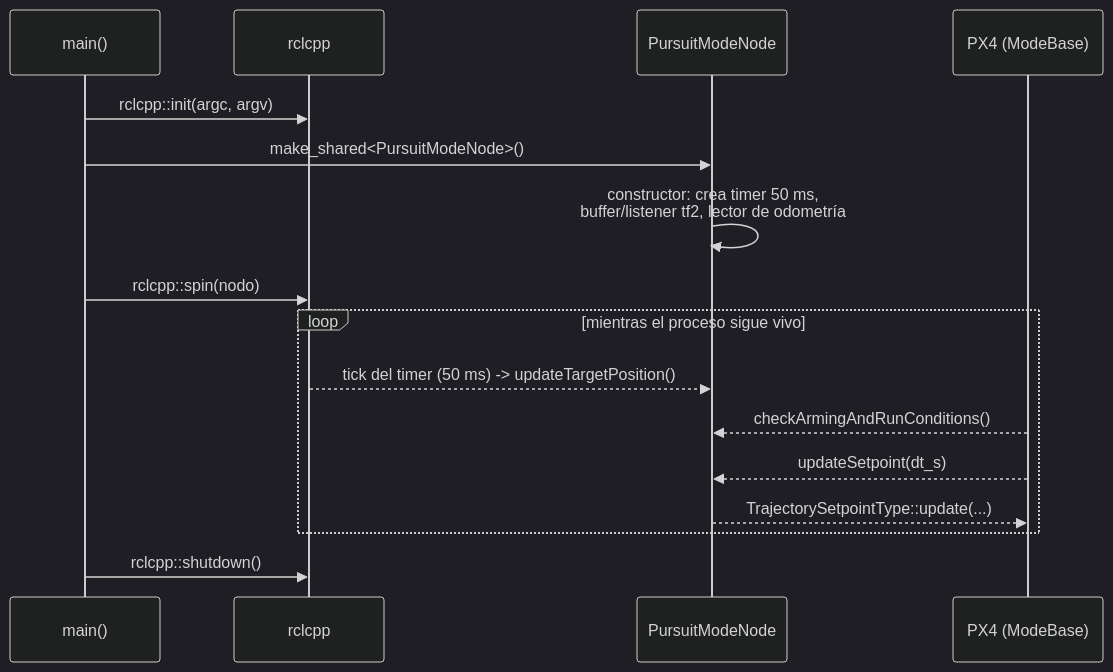
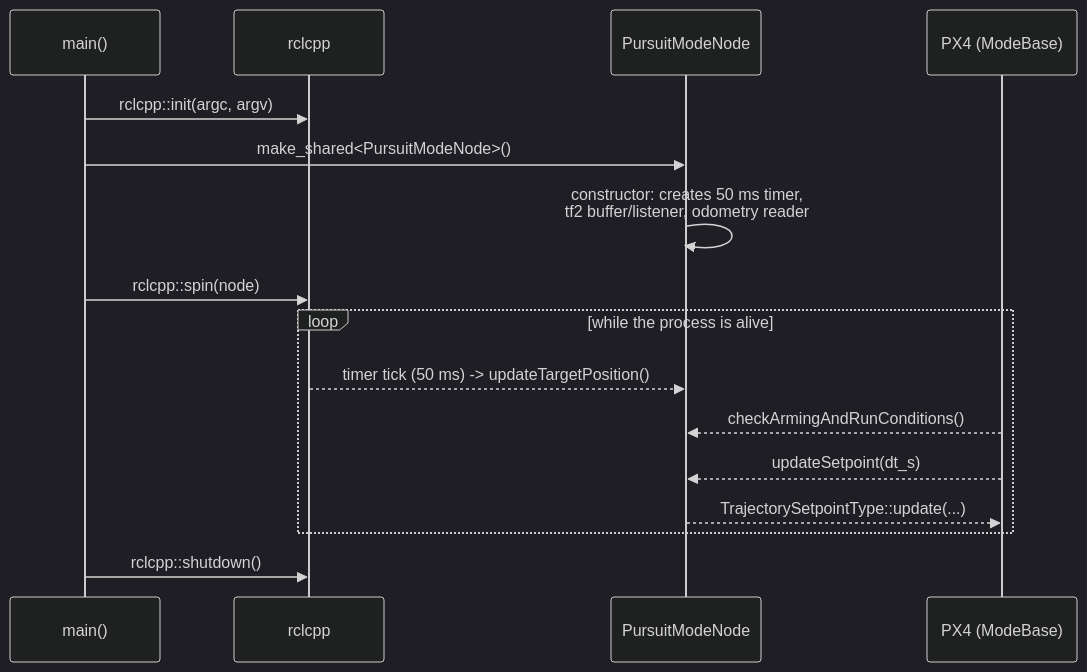
Before and after one commit to PACO-Interceptor/ws_interceptor: the diagram in docs/wiki/Code-walkthrough.md, drawn with Mermaid. The commit also changed other lines of this file and 17 other files, not shown here.

````diff
--- a/docs/wiki/Code-walkthrough.md
+++ b/docs/wiki/Code-walkthrough.md
@@ -157,20 +150,20 @@
 ```mermaid
 %%{init: {"theme": "dark"}}%%
 sequenceDiagram
     participant Main as main()
     participant ROS as rclcpp
-    participant Nodo as PursuitModeNode
+    participant Node as PursuitModeNode
     participant PX4 as PX4 (ModeBase)
 
     Main->>ROS: rclcpp::init(argc, argv)
-    Main->>Nodo: make_shared<PursuitModeNode>()
-    Nodo->>Nodo: constructor: crea timer 50 ms,<br/>buffer/listener tf2, lector de odometría
-    Main->>ROS: rclcpp::spin(nodo)
-    loop mientras el proceso sigue vivo
-        ROS-->>Nodo: tick del timer (50 ms) -> updateTargetPosition()
-        PX4-->>Nodo: checkArmingAndRunConditions()
-        PX4-->>Nodo: updateSetpoint(dt_s)
-        Nodo-->>PX4: TrajectorySetpointType::update(...)
+    Main->>Node: make_shared<PursuitModeNode>()
+    Node->>Node: constructor: creates 50 ms timer,<br/>tf2 buffer/listener, odometry reader
+    Main->>ROS: rclcpp::spin(node)
+    loop while the process is alive
+        ROS-->>Node: timer tick (50 ms) -> updateTargetPosition()
+        PX4-->>Node: checkArmingAndRunConditions()
+        PX4-->>Node: updateSetpoint(dt_s)
+        Node-->>PX4: TrajectorySetpointType::update(...)
     end
     Main->>ROS: rclcpp::shutdown()
 ```
````
